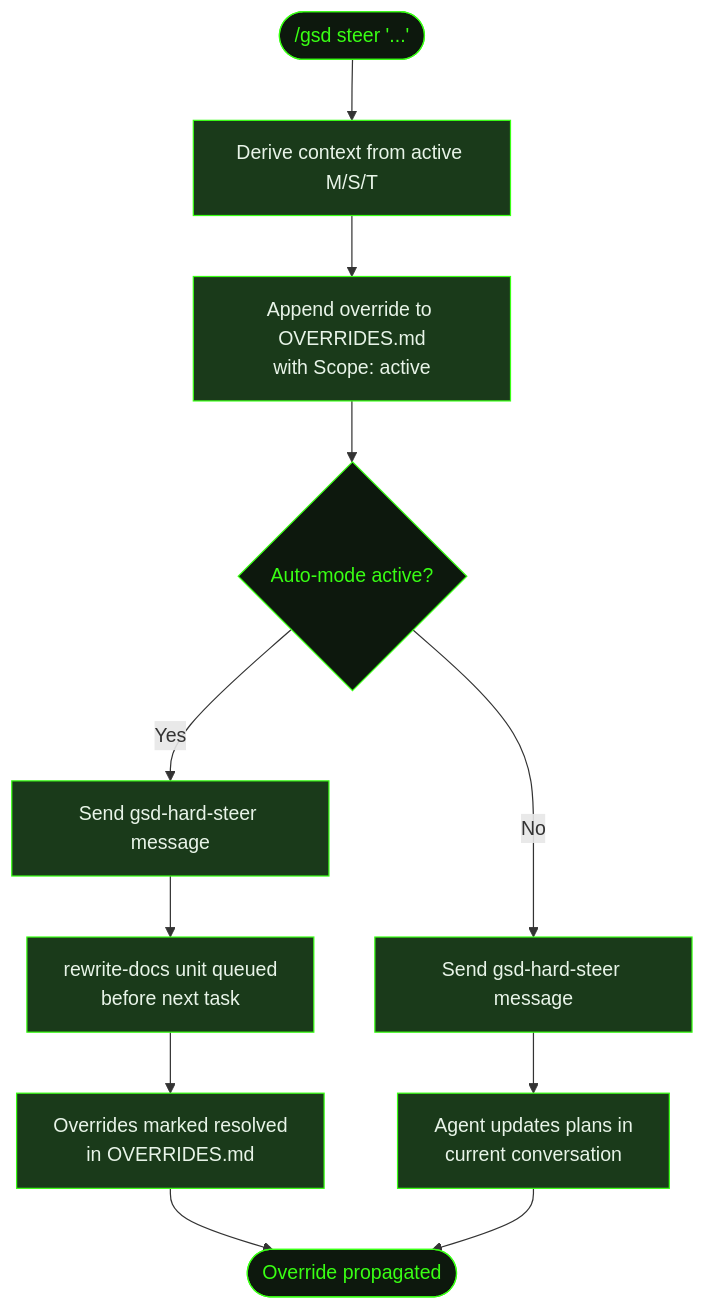
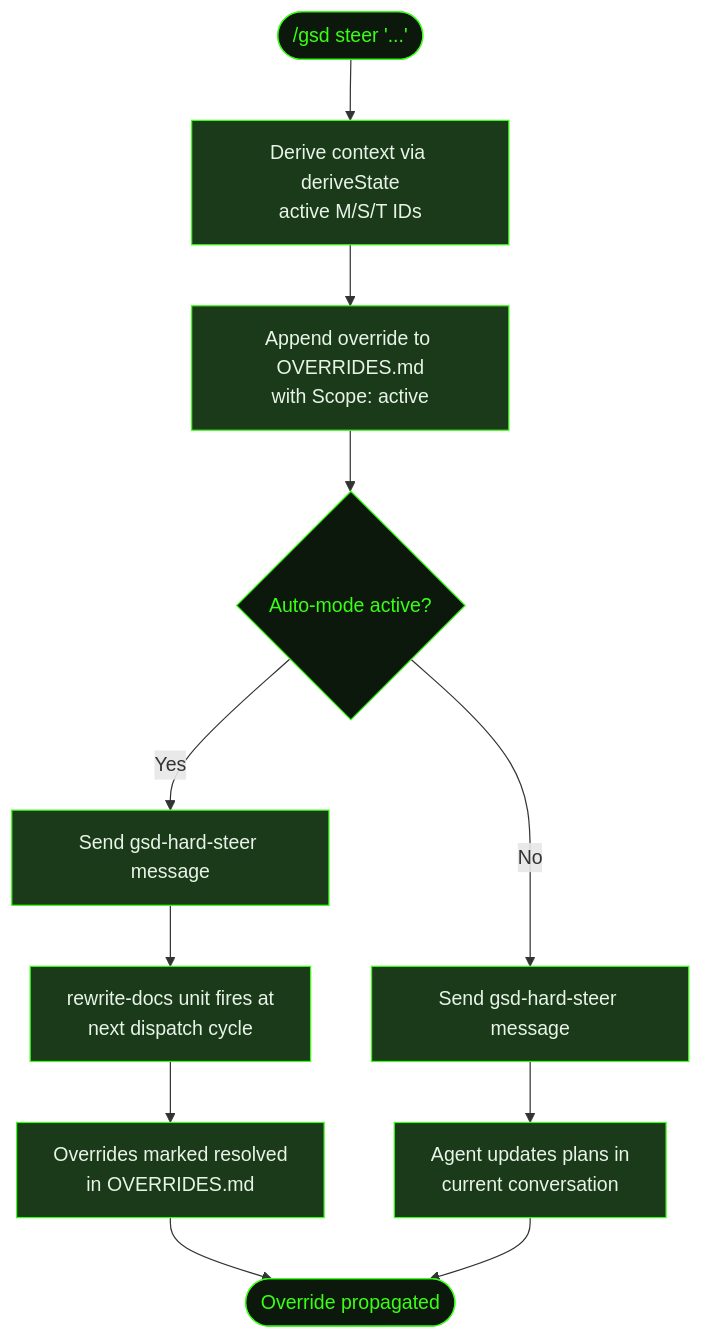
Before and after one commit to shusha-group/gsd2-guide: the diagram in src/content/docs/commands/steer.mdx, drawn with Mermaid. The commit also changed other lines of this file and 63 other files, not shown here.

````diff
--- a/src/content/docs/commands/steer.mdx
+++ b/src/content/docs/commands/steer.mdx
@@ -30,24 +30,24 @@
 ```mermaid
 flowchart TD
-    Start(["/gsd steer '...'"]) --> Scope[Derive context from active M/S/T]
+    Start(["/gsd steer '...'"]) --> Scope[Derive context via deriveState<br/>active M/S/T IDs]
     Scope --> Save[Append override to OVERRIDES.md<br/>with Scope: active]
     Save --> Mode{Auto-mode active?}
     Mode -->|Yes| Active[Send gsd-hard-steer message]
-    Active --> Rewrite[rewrite-docs unit queued<br/>before next task]
+    Active --> Rewrite[rewrite-docs unit fires at<br/>next dispatch cycle]
     Rewrite --> Resolved[Overrides marked resolved<br/>in OVERRIDES.md]
     Resolved --> Done([Override propagated])
     Mode -->|No| Inactive[Send gsd-hard-steer message]
     Inactive --> Manual[Agent updates plans in<br/>current conversation]
     Manual --> Done
 
     style Start fill:#0d180d,stroke:#39ff14,color:#39ff14
+    style Mode fill:#0d180d,stroke:#39ff14,color:#39ff14
+    style Done fill:#0d180d,stroke:#39ff14,color:#39ff14
     style Scope fill:#1a3a1a,stroke:#39ff14,color:#e8f4e8
     style Save fill:#1a3a1a,stroke:#39ff14,color:#e8f4e8
-    style Mode fill:#0d180d,stroke:#39ff14,color:#39ff14
     style Active fill:#1a3a1a,stroke:#39ff14,color:#e8f4e8
     style Rewrite fill:#1a3a1a,stroke:#39ff14,color:#e8f4e8
     style Resolved fill:#1a3a1a,stroke:#39ff14,color:#e8f4e8
     style Inactive fill:#1a3a1a,stroke:#39ff14,color:#e8f4e8
     style Manual fill:#1a3a1a,stroke:#39ff14,color:#e8f4e8
-    style Done fill:#0d180d,stroke:#39ff14,color:#39ff14
 ```
````
